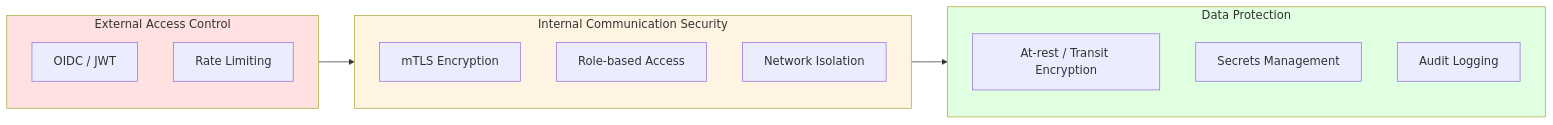
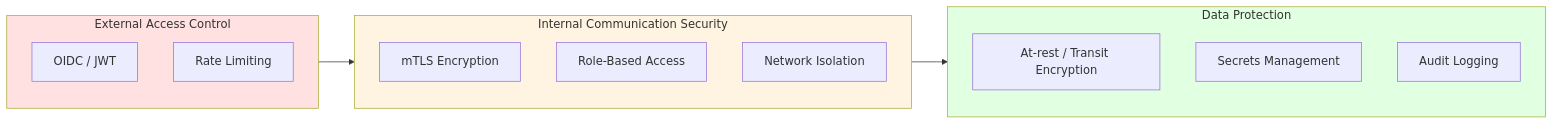
The fourth of 5 diagrams in i18n/en/docusaurus-plugin-content-docs/current/agentic-ai-platform/design-architecture/agentic-platform-architecture.md (devfloor9/engineering-playbook), drawn with Mermaid before and after one commit. The commit also changed other lines of this file and 95 other files, not shown here.

````diff
--- a/i18n/en/docusaurus-plugin-content-docs/current/agentic-ai-platform/design-architecture/agentic-platform-architecture.md
+++ b/i18n/en/docusaurus-plugin-content-docs/current/agentic-ai-platform/design-architecture/agentic-platform-architecture.md
@@ -255,25 +255,25 @@
 ```mermaid
 flowchart LR
     subgraph L1["External Access Control"]
         OIDC["OIDC / JWT"]
         RATE["Rate Limiting"]
     end
 
     subgraph L2["Internal Communication Security"]
         MTLS["mTLS Encryption"]
-        RBAC["Role-based Access"]
+        RBAC["Role-Based Access"]
         NETPOL["Network Isolation"]
     end
 
     subgraph L3["Data Protection"]
         ENCRYPT["At-rest / Transit Encryption"]
         SECRETS["Secrets Management"]
         AUDIT["Audit Logging"]
     end
 
     L1 --> L2 --> L3
 
     style L1 fill:#ffe1e1
     style L2 fill:#fff4e1
     style L3 fill:#e1ffe1
 ```
````
